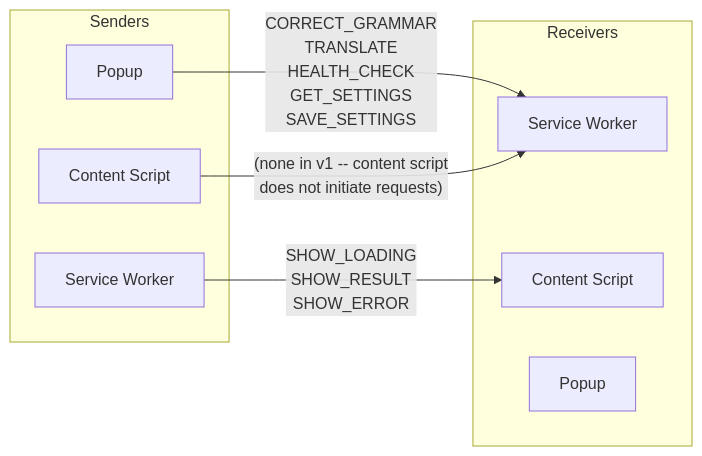
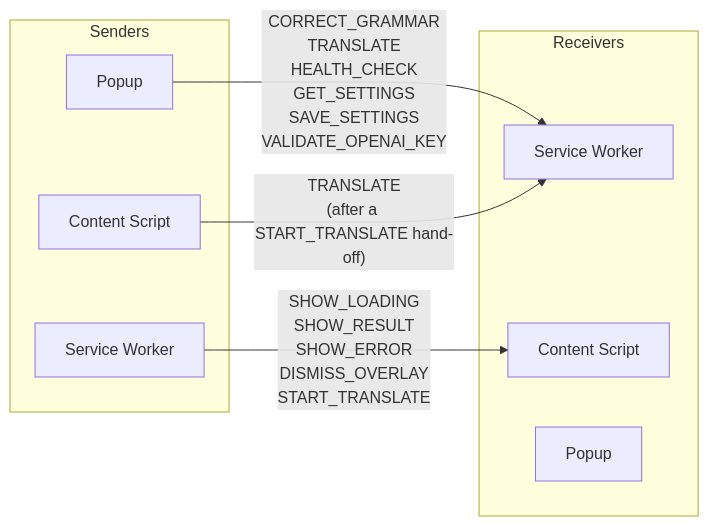
Before and after one commit to lucianhanga/chrome-plugin-ai-correct-translate-reformulate: the fifth of 7 diagrams in docs/architecture.md, drawn with Mermaid. The commit also changed other lines of this file and 1 other file, not shown here.

First line of the commit message:
docs: document the OpenAI provider and multi-provider architecture

````diff
--- a/docs/architecture.md
+++ b/docs/architecture.md
@@ -400,18 +525,18 @@
 ```mermaid
 graph LR
     subgraph Senders
         PopupS["Popup"]
         CSS["Content Script"]
         SWS["Service Worker"]
     end
 
     subgraph Receivers
         SWR["Service Worker"]
         CSR["Content Script"]
         PopupR["Popup"]
     end
 
-    PopupS -->|"CORRECT_GRAMMAR<br/>TRANSLATE<br/>HEALTH_CHECK<br/>GET_SETTINGS<br/>SAVE_SETTINGS"| SWR
-    CSS -->|"(none in v1 -- content script<br/>does not initiate requests)"| SWR
-    SWS -->|"SHOW_LOADING<br/>SHOW_RESULT<br/>SHOW_ERROR"| CSR
+    PopupS -->|"CORRECT_GRAMMAR<br/>TRANSLATE<br/>HEALTH_CHECK<br/>GET_SETTINGS<br/>SAVE_SETTINGS<br/>VALIDATE_OPENAI_KEY"| SWR
+    CSS -->|"TRANSLATE<br/>(after a START_TRANSLATE hand-off)"| SWR
+    SWS -->|"SHOW_LOADING<br/>SHOW_RESULT<br/>SHOW_ERROR<br/>DISMISS_OVERLAY<br/>START_TRANSLATE"| CSR
 ```
````
